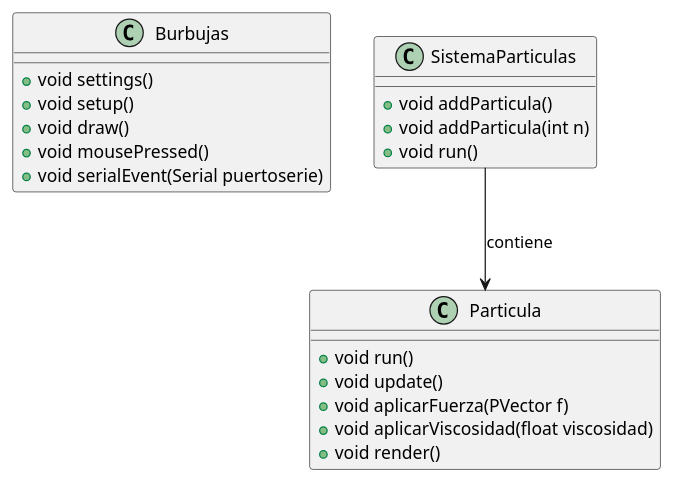
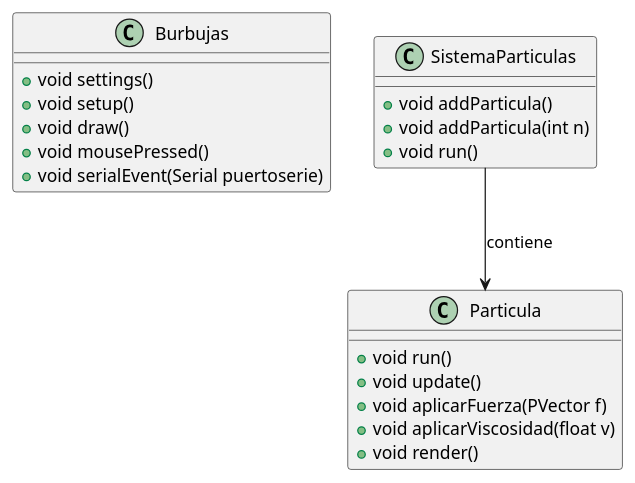
One commit to uma-dte-docencia/burbujas changed the diagram in doc/classes_diagram.puml. Above: the diagram before and after it, drawn with PlantUML. The commit also changed 2 other files, not shown here.

```diff
--- a/doc/classes_diagram.puml
+++ b/doc/classes_diagram.puml
@@ -1,29 +1,29 @@
 @startuml classes_processing
 
 ' Declaración de las clases en Processing
 class Burbujas {
     +void settings()
     +void setup()
     +void draw()
     +void mousePressed()
     +void serialEvent(Serial puertoserie)
 }
 
 class Particula {
     +void run()
     +void update()
     +void aplicarFuerza(PVector f)
-    +void aplicarViscosidad(float viscosidad)
+    +void aplicarViscosidad(float v)
     +void render()
 }
 
 class SistemaParticulas {
     +void addParticula()
     +void addParticula(int n)
     +void run()
 }
 
 ' Relaciones entre las clases
 SistemaParticulas --> Particula : contiene
 
 @enduml
```
